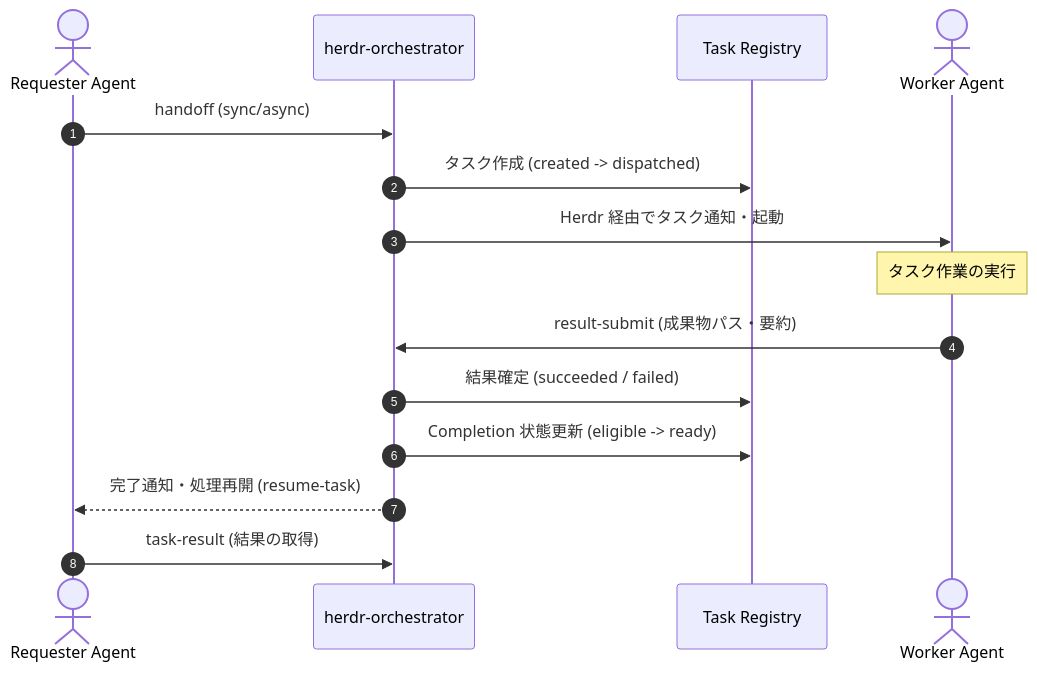
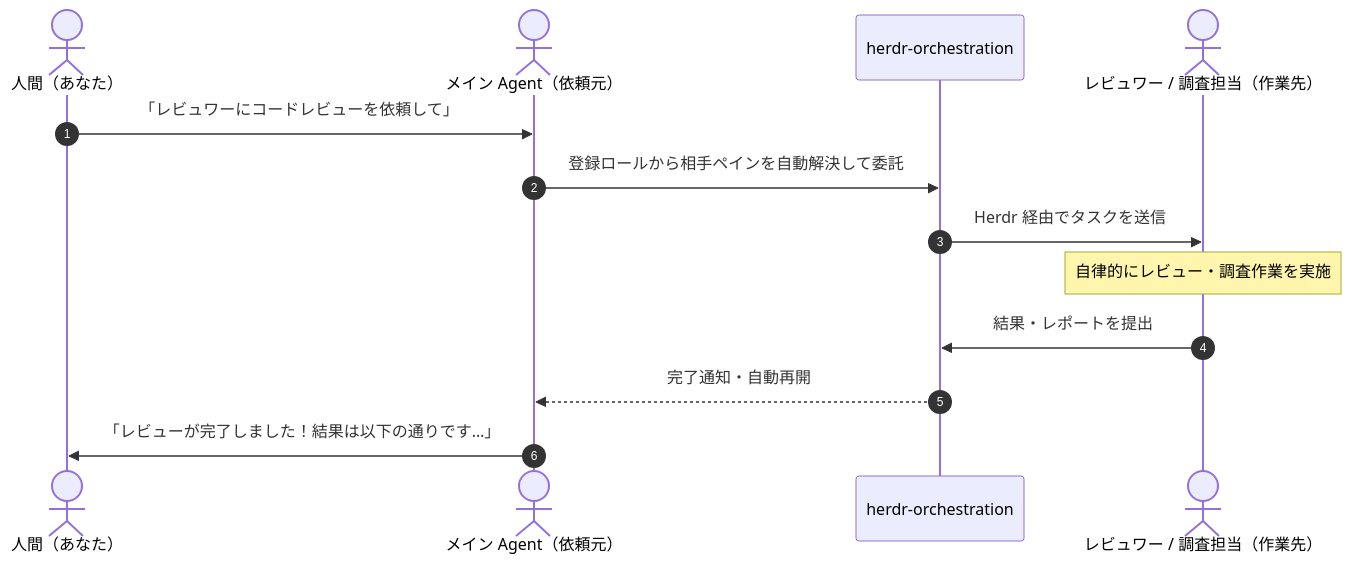
Before and after one commit to okinawa-systembit/herdr-orchestration: the diagram in README.md, drawn with Mermaid. The commit also changed other lines of this file and 2 other files, not shown here.

````diff
--- a/README.md
+++ b/README.md
@@ -52,18 +35,16 @@
 ```mermaid
 sequenceDiagram
     autonumber
-    actor Requester as Requester Agent
-    participant CLI as herdr-orchestrator
-    participant Registry as Task Registry
-    actor Worker as Worker Agent
+    actor User as 人間（あなた）
+    actor Requester as メイン Agent（依頼元）
+    participant Orch as herdr-orchestration
+    actor Worker as レビュワー / 調査担当（作業先）
 
-    Requester->>CLI: handoff (sync/async)
-    CLI->>Registry: タスク作成 (created -> dispatched)
-    CLI->>Worker: Herdr 経由でタスク通知・起動
-    Note over Worker: タスク作業の実行
-    Worker->>CLI: result-submit (成果物パス・要約)
-    CLI->>Registry: 結果確定 (succeeded / failed)
-    CLI->>Registry: Completion 状態更新 (eligible -> ready)
-    CLI-->>Requester: 完了通知・処理再開 (resume-task)
-    Requester->>CLI: task-result (結果の取得)
+    User->>Requester: 「レビュワーにコードレビューを依頼して」
+    Requester->>Orch: 登録ロールから相手ペインを自動解決して委託
+    Orch->>Worker: Herdr 経由でタスクを送信
+    Note over Worker: 自律的にレビュー・調査作業を実施
+    Worker->>Orch: 結果・レポートを提出
+    Orch-->>Requester: 完了通知・自動再開
+    Requester->>User: 「レビューが完了しました！結果は以下の通りです…」
 ```
````
